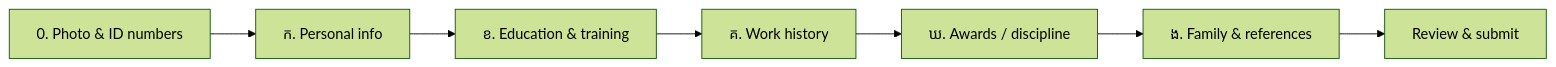
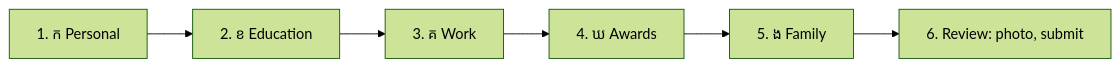
One commit to bora168-coder/employee_management changed the second of 4 diagrams in docs/TECHNICAL_DOCUMENTATION.md. Above: the diagram before and after it, drawn with Mermaid (forest theme). The commit also changed other lines of this file and 166 other files, not shown here.

````diff
--- a/docs/TECHNICAL_DOCUMENTATION.md
+++ b/docs/TECHNICAL_DOCUMENTATION.md
@@ -220,9 +216,8 @@
 ```mermaid
 flowchart LR
-    S0["0. Photo & ID numbers"] --> S1["ក. Personal info"]
-    S1 --> S2["ខ. Education & training"]
-    S2 --> S3["គ. Work history"]
-    S3 --> S4["ឃ. Awards / discipline"]
-    S4 --> S5["ង. Family & references"]
-    S5 --> S6["Review & submit"]
+    S1["1. ក Personal"] --> S2["2. ខ Education"]
+    S2 --> S3["3. គ Work"]
+    S3 --> S4["4. ឃ Awards"]
+    S4 --> S5["5. ង Family"]
+    S5 --> S6["6. Review: photo, submit"]
 ```
````
